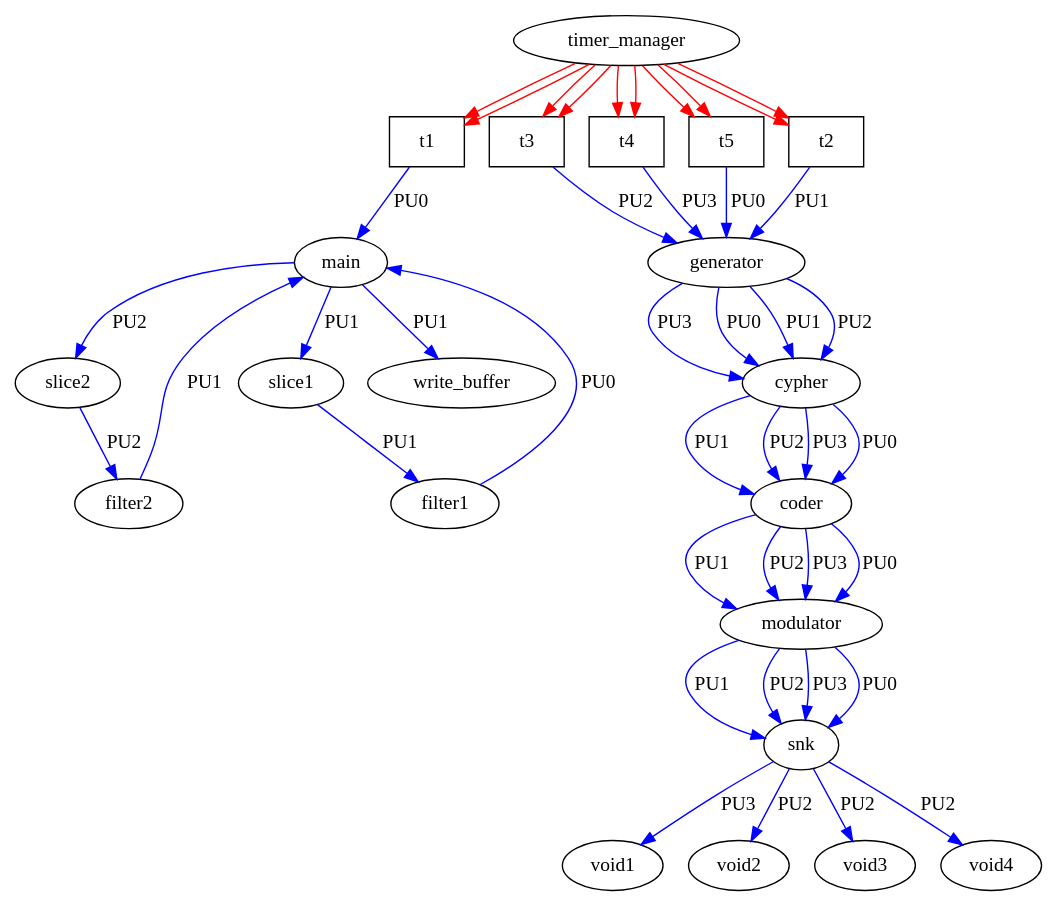
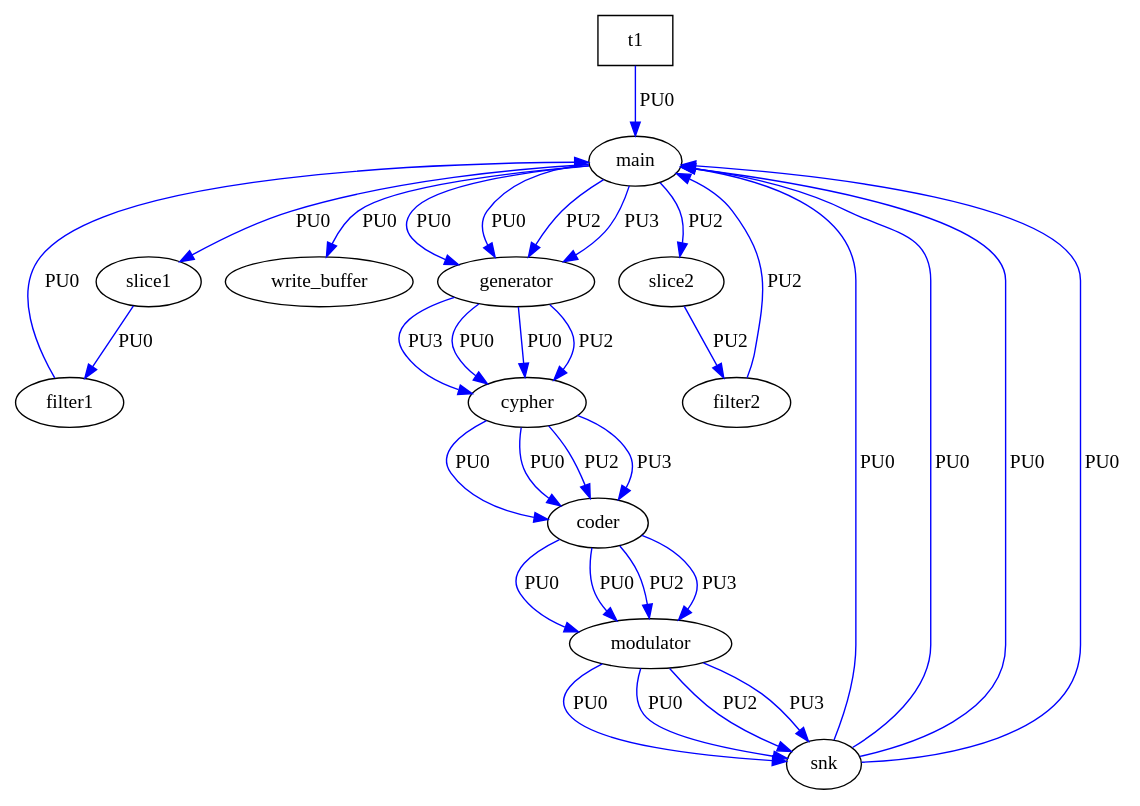
The diagram in graph.dot (samujoaz/ArchiDSE), drawn with Graphviz before and after one commit. The commit also changed 40 other files, not shown here.

```diff
--- a/graph.dot
+++ b/graph.dot
@@ -1,66 +1,47 @@
 digraph my_graph {
   overlap = scale;
    main[label="main"];
    slice1[label="slice1"];
    slice2[label="slice2"];
    filter1[label="filter1"];
    filter2[label="filter2"];
    write_buffer[label="write_buffer"];
    generator[label="generator"];
    cypher[label="cypher"];
    coder[label="coder"];
    modulator[label="modulator"];
-   void1[label="void1"];
-   void2[label="void2"];
-   void3[label="void3"];
-   void4[label="void4"];
    snk[label="snk"];
-   timer_manager[label="timer_manager"];
    t1[label="t1",shape=box ];
-   t2[label="t2",shape=box ];
-   t3[label="t3",shape=box ];
-   t4[label="t4",shape=box ];
-   t5[label="t5",shape=box ];
-   timer_manager -> t1[label="", color=red];
-   timer_manager -> t2[label="", color=red];
-   timer_manager -> t3[label="", color=red];
-   timer_manager -> t4[label="", color=red];
-   timer_manager -> t5[label="", color=red];
-   timer_manager -> t1[label="", color=red];
-   timer_manager -> t2[label="", color=red];
-   timer_manager -> t3[label="", color=red];
-   timer_manager -> t4[label="", color=red];
-   timer_manager -> t5[label="", color=red];
    t1 -> main[label="PU0", color=blue];
-   main -> slice1[label="PU1", color=blue];
+   main -> slice1[label="PU0", color=blue];
    main -> slice2[label="PU2", color=blue];
-   slice1 -> filter1[label="PU1", color=blue];
+   slice1 -> filter1[label="PU0", color=blue];
    slice2 -> filter2[label="PU2", color=blue];
    filter1 -> main[label="PU0", color=blue];
-   filter2 -> main[label="PU1", color=blue];
-   main -> write_buffer[label="PU1", color=blue];
-   t2 -> generator[label="PU1", color=blue];
-   t3 -> generator[label="PU2", color=blue];
-   t4 -> generator[label="PU3", color=blue];
-   t5 -> generator[label="PU0", color=blue];
-   generator -> cypher[label="PU1", color=blue];
+   filter2 -> main[label="PU2", color=blue];
+   main -> write_buffer[label="PU0", color=blue];
+   main -> generator[label="PU0", color=blue];
+   main -> generator[label="PU0", color=blue];
+   main -> generator[label="PU2", color=blue];
+   main -> generator[label="PU3", color=blue];
+   generator -> cypher[label="PU0", color=blue];
+   generator -> cypher[label="PU0", color=blue];
    generator -> cypher[label="PU2", color=blue];
    generator -> cypher[label="PU3", color=blue];
-   generator -> cypher[label="PU0", color=blue];
-   cypher -> coder[label="PU1", color=blue];
+   cypher -> coder[label="PU0", color=blue];
+   cypher -> coder[label="PU0", color=blue];
    cypher -> coder[label="PU2", color=blue];
    cypher -> coder[label="PU3", color=blue];
-   cypher -> coder[label="PU0", color=blue];
-   coder -> modulator[label="PU1", color=blue];
+   coder -> modulator[label="PU0", color=blue];
+   coder -> modulator[label="PU0", color=blue];
    coder -> modulator[label="PU2", color=blue];
    coder -> modulator[label="PU3", color=blue];
-   coder -> modulator[label="PU0", color=blue];
-   modulator -> snk[label="PU1", color=blue];
+   modulator -> snk[label="PU0", color=blue];
+   modulator -> snk[label="PU0", color=blue];
    modulator -> snk[label="PU2", color=blue];
    modulator -> snk[label="PU3", color=blue];
-   modulator -> snk[label="PU0", color=blue];
-   snk -> void1[label="PU3", color=blue];
-   snk -> void2[label="PU2", color=blue];
-   snk -> void3[label="PU2", color=blue];
-   snk -> void4[label="PU2", color=blue];
+   snk -> main[label="PU0", color=blue];
+   snk -> main[label="PU0", color=blue];
+   snk -> main[label="PU0", color=blue];
+   snk -> main[label="PU0", color=blue];
 }
```
